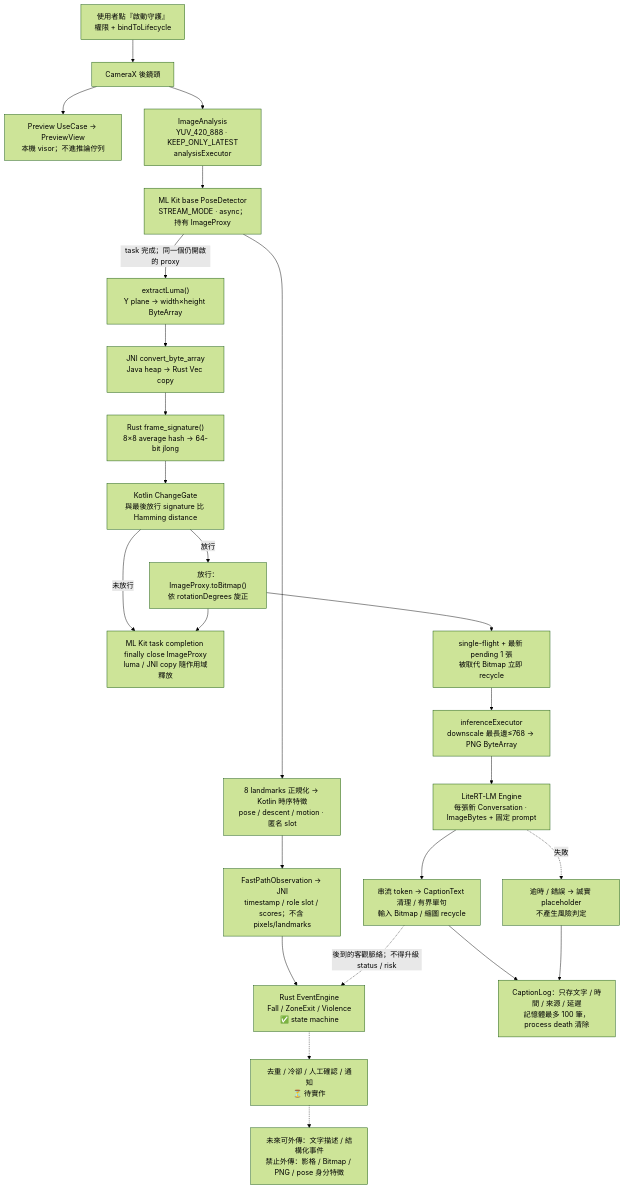
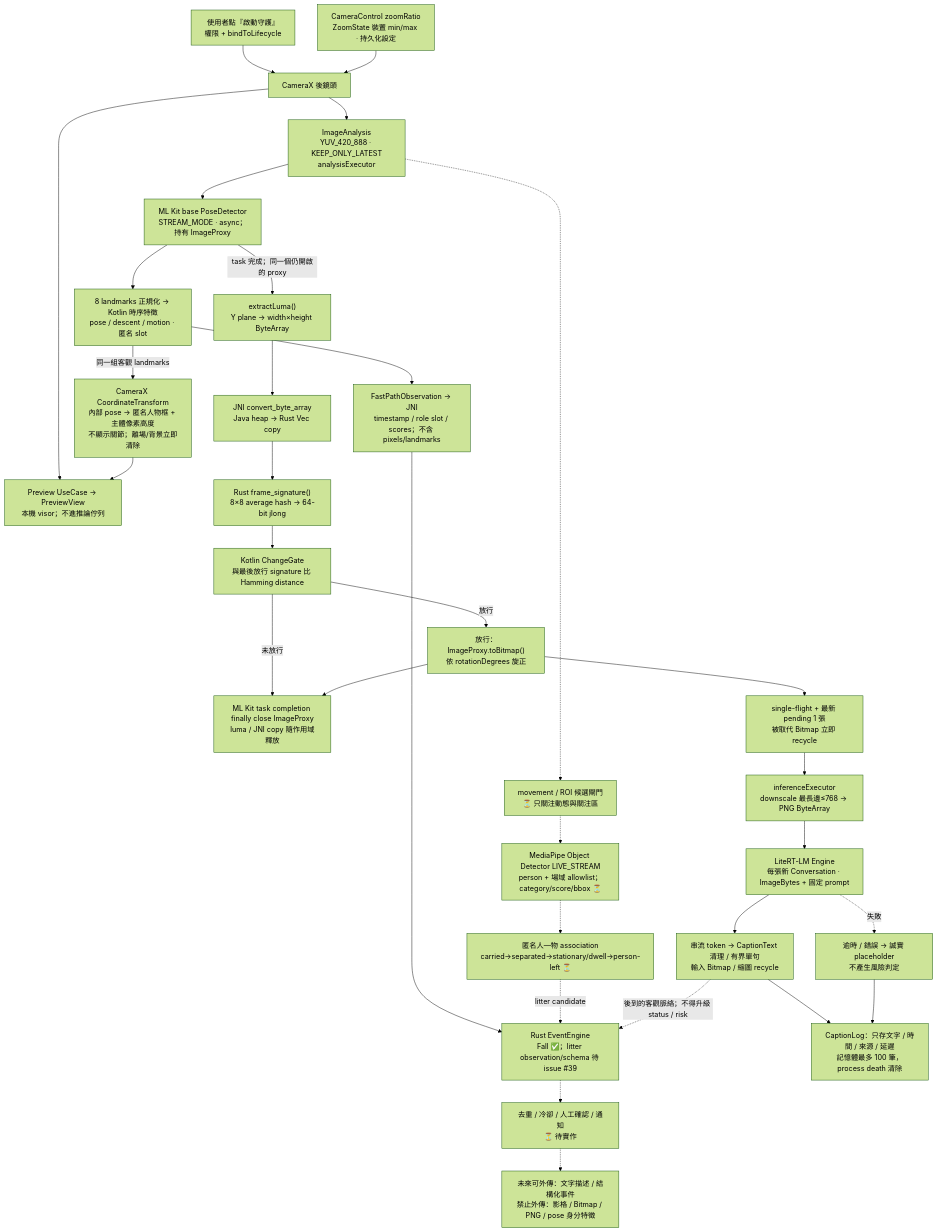
The third of 4 diagrams in README.md (TingFengChou/claustrum), drawn with Mermaid (forest theme) before and after one commit. The commit also changed other lines of this file and 17 other files, not shown here.

````diff
--- a/README.md
+++ b/README.md
@@ -213,36 +220,44 @@
 ```mermaid
 flowchart TB
   START["使用者點『啟動守護』<br/>權限 + bindToLifecycle"]
   CAMERA["CameraX 後鏡頭"]
+  ZOOM["CameraControl zoomRatio<br/>ZoomState 裝置 min/max · 持久化設定"]
   PREVIEW["Preview UseCase → PreviewView<br/>本機 visor；不進推論佇列"]
+  OVERLAY["CameraX CoordinateTransform<br/>內部 pose → 匿名人物框 + 主體像素高度<br/>不顯示關節；離場/背景立即清除"]
   ANALYSIS["ImageAnalysis<br/>YUV_420_888 · KEEP_ONLY_LATEST<br/>analysisExecutor"]
   POSE["ML Kit base PoseDetector<br/>STREAM_MODE · async；持有 ImageProxy"]
   FEATURE["8 landmarks 正規化 → Kotlin 時序特徵<br/>pose / descent / motion · 匿名 slot"]
   OBS["FastPathObservation → JNI<br/>timestamp / role slot / scores；不含 pixels/landmarks"]
-  L2["Rust EventEngine<br/>Fall / ZoneExit / Violence<br/>✅ state machine"]
+  L2["Rust EventEngine<br/>Fall ✅；litter observation/schema 待 issue #39"]
+  MOTION["movement / ROI 候選閘門<br/>⏳ 只關注動態與關注區"]
+  OBJECT["MediaPipe Object Detector LIVE_STREAM<br/>person + 場域 allowlist；category/score/bbox ⏳"]
+  ASSOC["匿名人—物 association<br/>carried→separated→stationary/dwell→person-left ⏳"]
   LUMA["extractLuma()<br/>Y plane → width×height ByteArray"]
   JNI["JNI convert_byte_array<br/>Java heap → Rust Vec copy"]
   HASH["Rust frame_signature()<br/>8×8 average hash → 64-bit jlong"]
   GATE["Kotlin ChangeGate<br/>與最後放行 signature 比 Hamming distance"]
   CLOSE["ML Kit task completion finally close ImageProxy<br/>luma / JNI copy 隨作用域釋放"]
   COPY["放行：ImageProxy.toBitmap()<br/>依 rotationDegrees 旋正"]
   QUEUE["single-flight + 最新 pending 1 張<br/>被取代 Bitmap 立即 recycle"]
   PREP["inferenceExecutor<br/>downscale 最長邊≤768 → PNG ByteArray"]
   ENGINE["LiteRT-LM Engine<br/>每張新 Conversation · ImageBytes + 固定 prompt"]
   TEXT["串流 token → CaptionText 清理 / 有界單句<br/>輸入 Bitmap / 縮圖 recycle"]
   LOG["CaptionLog：只存文字 / 時間 / 來源 / 延遲<br/>記憶體最多 100 筆，process death 清除"]
   FALLBACK["逾時 / 錯誤 → 誠實 placeholder<br/>不產生風險判定"]
   POLICY["去重 / 冷卻 / 人工確認 / 通知<br/>⏳ 待實作"]
   ALLOWED["未來可外傳：文字描述 / 結構化事件<br/>禁止外傳：影格 / Bitmap / PNG / pose 身分特徵"]
 
   START --> CAMERA
+  ZOOM --> CAMERA
   CAMERA --> PREVIEW
   CAMERA --> ANALYSIS --> POSE --> FEATURE --> OBS --> L2
+  ANALYSIS -.-> MOTION -.-> OBJECT -.-> ASSOC -.->|"litter candidate"| L2
+  FEATURE -->|"同一組客觀 landmarks"| OVERLAY --> PREVIEW
   POSE -->|"task 完成；同一個仍開啟的 proxy"| LUMA --> JNI --> HASH --> GATE
   GATE -->|"未放行"| CLOSE
   GATE -->|"放行"| COPY --> CLOSE
   COPY --> QUEUE --> PREP --> ENGINE --> TEXT --> LOG
   ENGINE -.->|"失敗"| FALLBACK --> LOG
   L2 -.-> POLICY -.-> ALLOWED
   TEXT -.->|"後到的客觀脈絡；不得升級 status / risk"| L2
 ```
````
